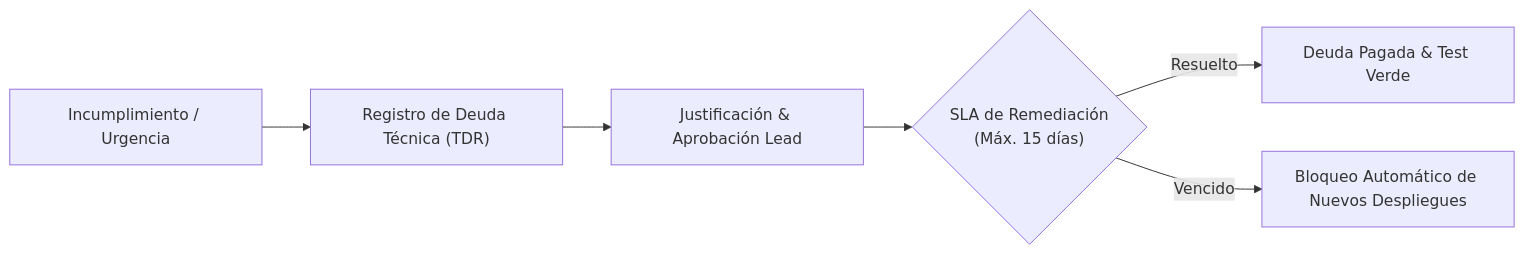
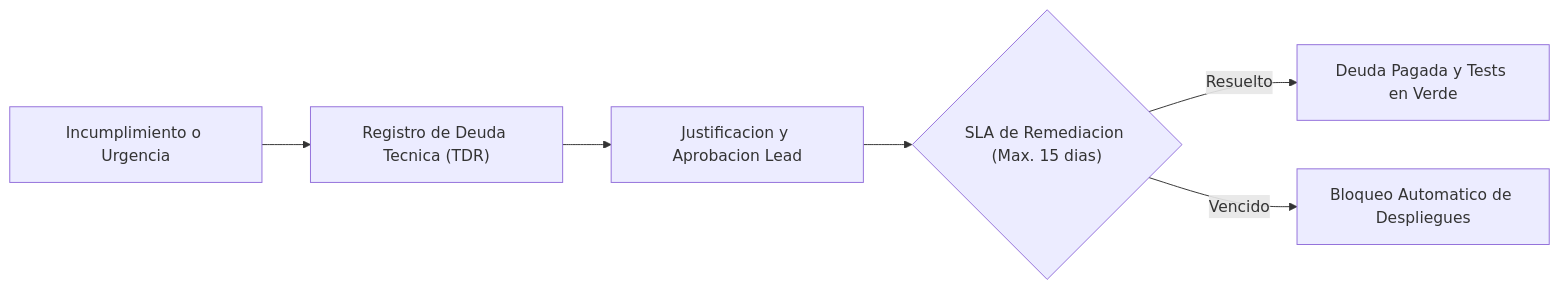
Before and after one commit to aluengas98/parcial2_aluengas98: the third of 3 diagrams in docs/actividad5.md, drawn with Mermaid. The commit also changed other lines of this file and 2 other files, not shown here.

Commit message:
fix(diagrams): sanitizacion exhaustiva de sintaxis mermaid en todas las actividades

````diff
--- a/docs/actividad5.md
+++ b/docs/actividad5.md
@@ -127,8 +127,8 @@
 ```mermaid
 flowchart LR
-    Detect["Incumplimiento / Urgencia"] --> Form["Registro de Deuda Técnica (TDR)"]
-    Form --> Just["Justificación & Aprobación Lead"]
-    Just --> SLA{"SLA de Remediación<br/>(Máx. 15 días)"}
-    SLA -->|Resuelto| Clean["Deuda Pagada & Test Verde"]
-    SLA -->|Vencido| Block["Bloqueo Automático de Nuevos Despliegues"]
+    Detect["Incumplimiento o Urgencia"] --> Form["Registro de Deuda Tecnica (TDR)"]
+    Form --> Just["Justificacion y Aprobacion Lead"]
+    Just --> SLA{"SLA de Remediacion (Max. 15 dias)"}
+    SLA -->|Resuelto| Clean["Deuda Pagada y Tests en Verde"]
+    SLA -->|Vencido| Block["Bloqueo Automatico de Despliegues"]
 ```
````
